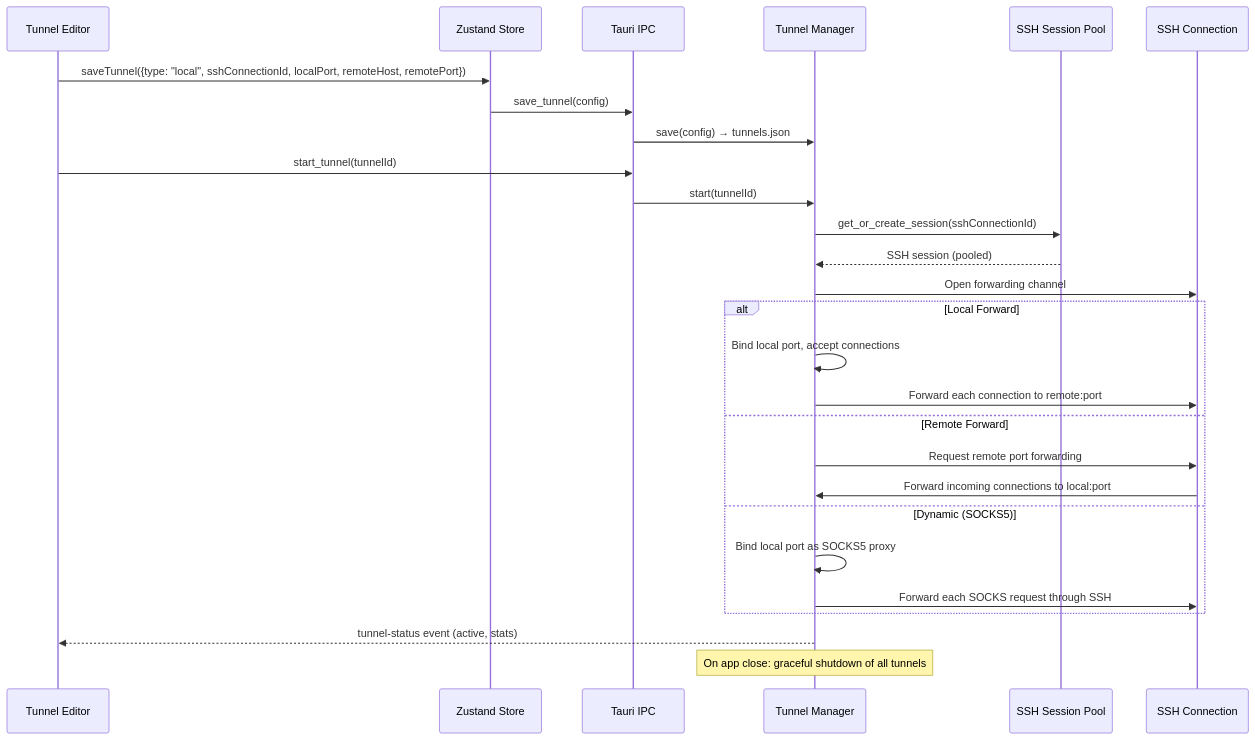
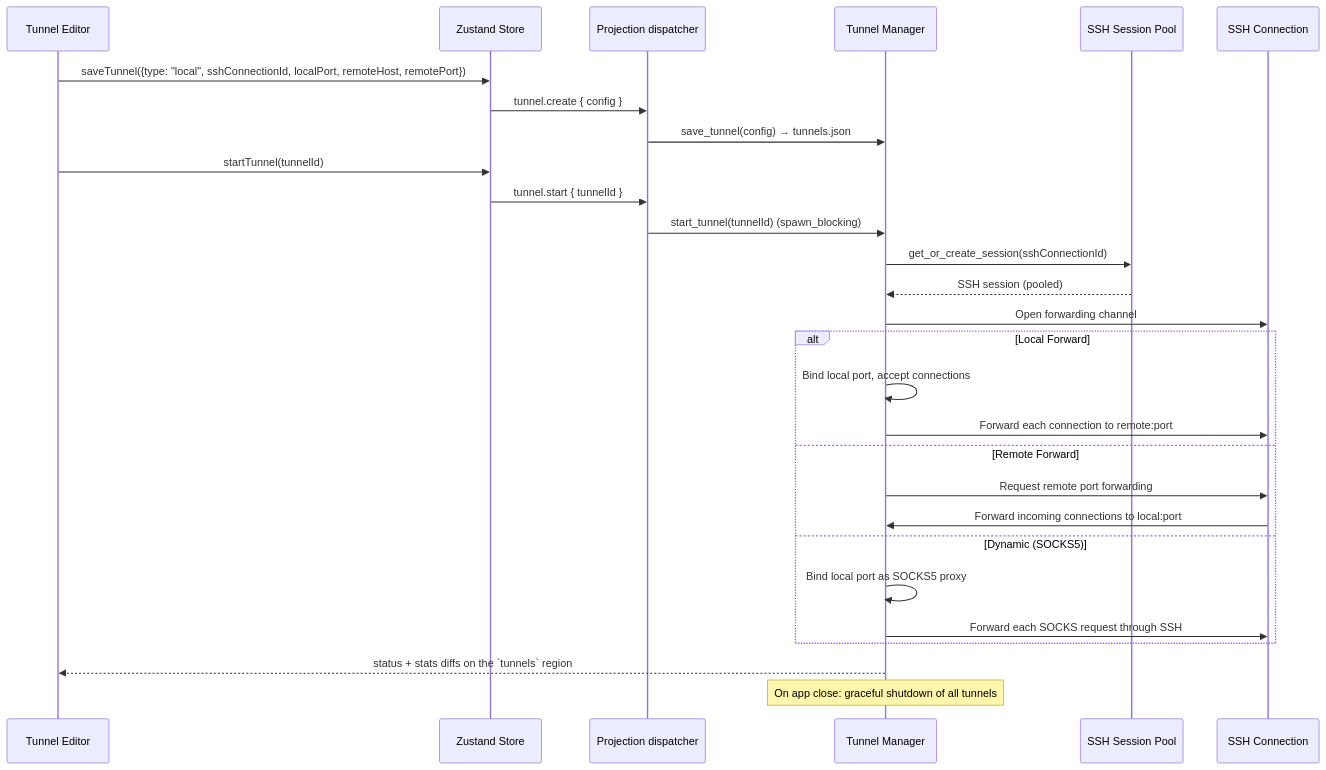
Before and after one commit to armaxri/termiHub: diagram 14 of 37 in docs/architecture.md, drawn with Mermaid. The commit also changed other lines of this file and 10 other files, not shown here.

````diff
--- a/docs/architecture.md
+++ b/docs/architecture.md
@@ -722,34 +722,35 @@
 ```mermaid
 sequenceDiagram
     participant UI as Tunnel Editor
     participant Store as Zustand Store
-    participant Tauri as Tauri IPC
+    participant Disp as Projection dispatcher
     participant TM as Tunnel Manager
     participant Pool as SSH Session Pool
     participant SSH as SSH Connection
 
     UI->>Store: saveTunnel({type: "local", sshConnectionId, localPort, remoteHost, remotePort})
-    Store->>Tauri: save_tunnel(config)
-    Tauri->>TM: save(config) → tunnels.json
+    Store->>Disp: tunnel.create { config }
+    Disp->>TM: save_tunnel(config) → tunnels.json
 
-    UI->>Tauri: start_tunnel(tunnelId)
-    Tauri->>TM: start(tunnelId)
+    UI->>Store: startTunnel(tunnelId)
+    Store->>Disp: tunnel.start { tunnelId }
+    Disp->>TM: start_tunnel(tunnelId) (spawn_blocking)
     TM->>Pool: get_or_create_session(sshConnectionId)
     Pool-->>TM: SSH session (pooled)
     TM->>SSH: Open forwarding channel
 
     alt Local Forward
         TM->>TM: Bind local port, accept connections
         TM->>SSH: Forward each connection to remote:port
     else Remote Forward
         TM->>SSH: Request remote port forwarding
         SSH->>TM: Forward incoming connections to local:port
     else Dynamic (SOCKS5)
         TM->>TM: Bind local port as SOCKS5 proxy
         TM->>SSH: Forward each SOCKS request through SSH
     end
 
-    TM-->>UI: tunnel-status event (active, stats)
+    TM-->>UI: status + stats diffs on the `tunnels` region
 
     Note over TM: On app close: graceful shutdown of all tunnels
 ```
````
